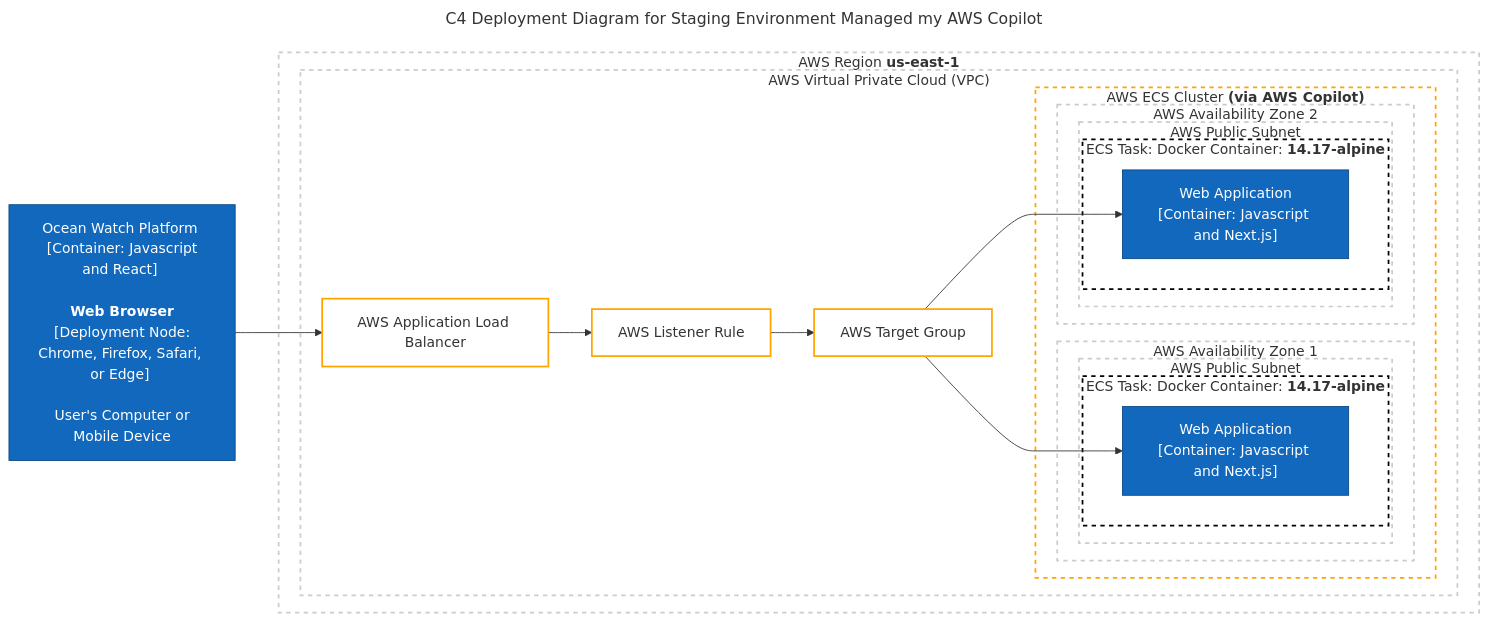
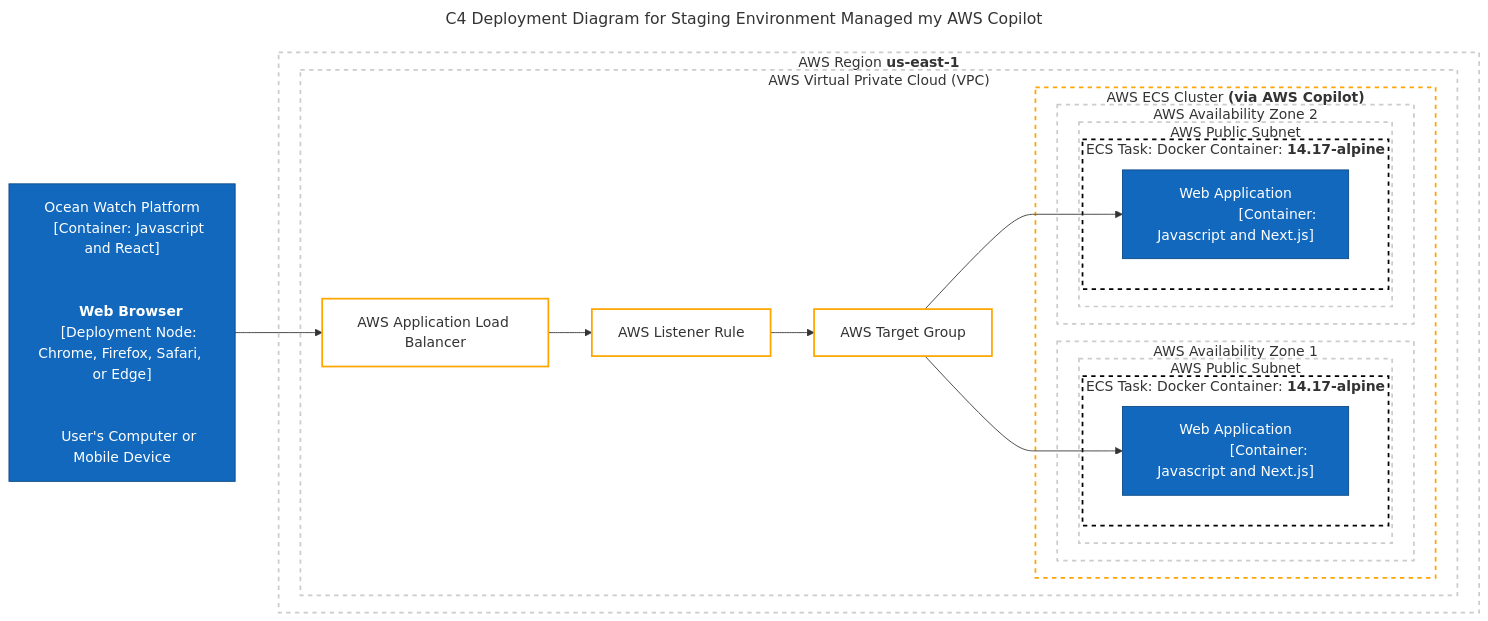
One commit to wri/ocean-watch changed the third of 6 diagrams in docs/architecture/c4_deployment.md. Above: the diagram before and after it, drawn with Mermaid. The commit also changed other lines of this file and 1 other file, not shown here.

Commit message:
Update c4_deployment.md (#49)
* Update c4_deployment.md
Update mermaid syntax

````diff
--- a/docs/architecture/c4_deployment.md
+++ b/docs/architecture/c4_deployment.md
@@ -119,48 +119,57 @@
 ```mermaid
 ---
 title: C4 Deployment Diagram for Staging Environment Managed my AWS Copilot
 ---
 flowchart LR
-    Browser["Ocean Watch Platform \n [Container: Javascript and React] \n\n <b>Web Browser</b> \n [Deployment Node: Chrome, Firefox, Safari, or Edge] \n\n User's Computer or Mobile Device"]
+    Browser["Ocean Watch Platform
+    [Container: Javascript and React]
+    <br>
+    <b>Web Browser</b>
+    [Deployment Node: Chrome, Firefox, Safari, or Edge]
+    <br>
+    User's Computer or Mobile Device"]
+
     subgraph AwsRegion["AWS Region <b>us-east-1</b>"]
       subgraph AwsVPC["AWS Virtual Private Cloud (VPC)"]
         ALB["AWS Application Load Balancer"]
         ListenerRule["AWS Listener Rule"]
         TargetGroup["AWS Target Group"]
 
         subgraph AwsEcsCluster["AWS ECS Cluster <b>(via AWS Copilot)</b>"]
           subgraph AwsAZ1["AWS Availability Zone 1"]
             subgraph PubSubnet1["AWS Public Subnet"]
               subgraph dockerContainer1["ECS Task: Docker Container: <b>14.17-alpine</b>"]
-                ContainerWebApplication1["Web Application\n[Container: Javascript and Next.js]"]
+                ContainerWebApplication1["Web Application
+                [Container: Javascript and Next.js]"]
               end
             end
           end
           subgraph AwsAZ2["AWS Availability Zone 2"]
             subgraph PubSubnet2["AWS Public Subnet"]
                 subgraph dockerContainer2["ECS Task: Docker Container: <b>14.17-alpine</b>"]
-                    ContainerWebApplication2["Web Application\n[Container: Javascript and Next.js]"]
+                    ContainerWebApplication2["Web Application
+                    [Container: Javascript and Next.js]"]
                 end
             end
           end
         end
       end
     end
     
     Browser --> ALB --> ListenerRule --> TargetGroup
     TargetGroup --> ContainerWebApplication1
     TargetGroup --> ContainerWebApplication2
 
     classDef focusSystem fill:#1168bd,stroke:#0b4884,color:#ffffff
     classDef deploymentBoundary fill:none,stroke:#CCC,stroke-width:2px,stroke-dasharray: 5 5
     classDef awsECS fill:none,stroke:orange,stroke-width:2px,stroke-dasharray: 5 5
     classDef dockerContainer fill:none,stroke:black,stroke-width:2px,stroke-dasharray: 5 5
     classDef awsComponent fill:none,stroke:orange,stroke-width:2px
     
     
     class Browser,ContainerWebApplication1,ContainerWebApplication2 focusSystem
     class AwsRegion,AwsVPC,AwsAZ1,AwsAZ2,PubSubnet1,PubSubnet2 deploymentBoundary
     class AwsEcsCluster awsECS
     class dockerContainer1,dockerContainer2 dockerContainer
     class ALB,ListenerRule,TargetGroup awsComponent
 ```
````
